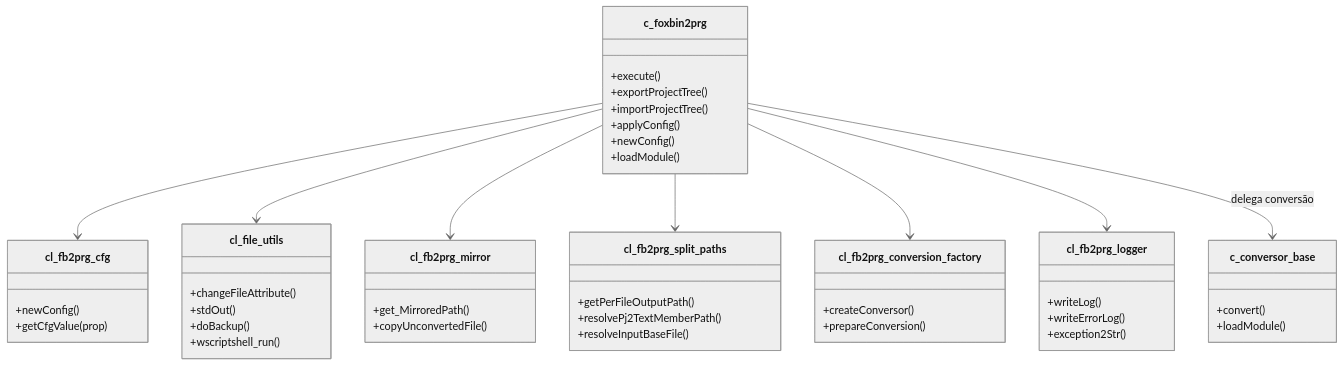
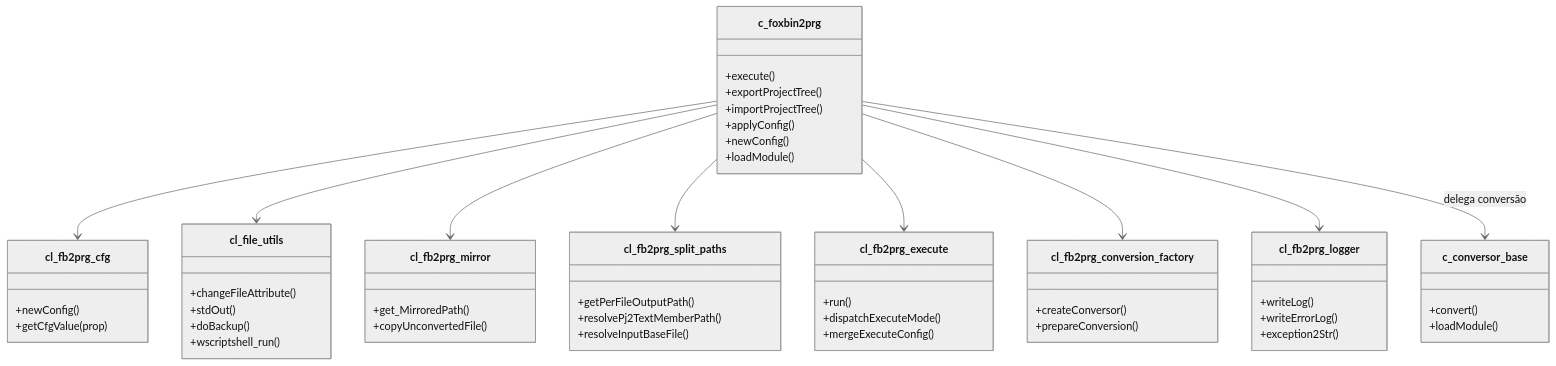
The second of 3 diagrams in docs/c_foxbin2prg_ClassAnalysis.md (lkmatsumura/foxbin2prg), drawn with Mermaid (neutral theme) before and after one commit. The commit also changed other lines of this file and 5 other files, not shown here.

First line of the commit message:
feat: Introduce cl_fb2prg_execute for enhanced execution pipeline management

````diff
--- a/docs/c_foxbin2prg_ClassAnalysis.md
+++ b/docs/c_foxbin2prg_ClassAnalysis.md
@@ -553,51 +571,57 @@
 ```mermaid
 classDiagram
     class c_foxbin2prg {
         +execute()
         +exportProjectTree()
         +importProjectTree()
         +applyConfig()
         +newConfig()
         +loadModule()
     }
     class cl_fb2prg_cfg {
         +newConfig()
         +getCfgValue(prop)
     }
     class cl_fb2prg_logger {
         +writeLog()
         +writeErrorLog()
         +exception2Str()
     }
     class cl_file_utils {
         +changeFileAttribute()
         +stdOut()
         +doBackup()
         +wscriptshell_run()
     }
     class cl_fb2prg_mirror {
         +get_MirroredPath()
         +copyUnconvertedFile()
     }
     class cl_fb2prg_split_paths {
         +getPerFileOutputPath()
         +resolvePj2TextMemberPath()
         +resolveInputBaseFile()
     }
+    class cl_fb2prg_execute {
+        +run()
+        +dispatchExecuteMode()
+        +mergeExecuteConfig()
+    }
     class cl_fb2prg_conversion_factory {
         +createConversor()
         +prepareConversion()
     }
     class c_conversor_base {
         +convert()
         +loadModule()
     }
 
     c_foxbin2prg --> cl_fb2prg_cfg
     c_foxbin2prg --> cl_file_utils
     c_foxbin2prg --> cl_fb2prg_mirror
     c_foxbin2prg --> cl_fb2prg_split_paths
+    c_foxbin2prg --> cl_fb2prg_execute
     c_foxbin2prg --> cl_fb2prg_conversion_factory
     c_foxbin2prg --> cl_fb2prg_logger
     c_foxbin2prg --> c_conversor_base : delega conversão
 ```
````
